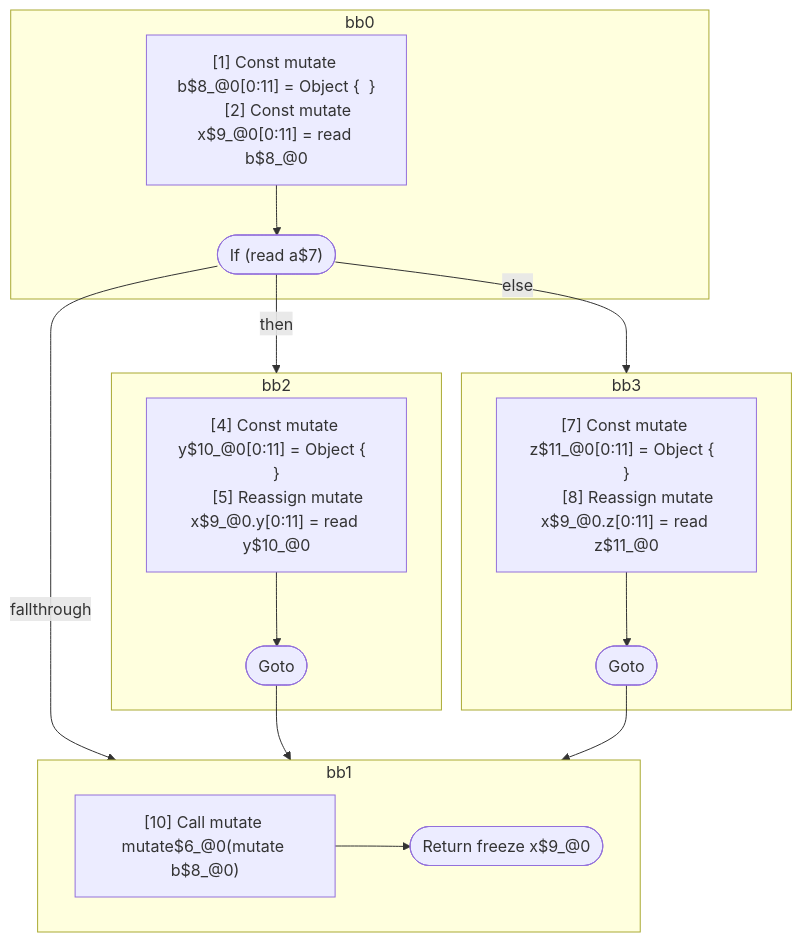
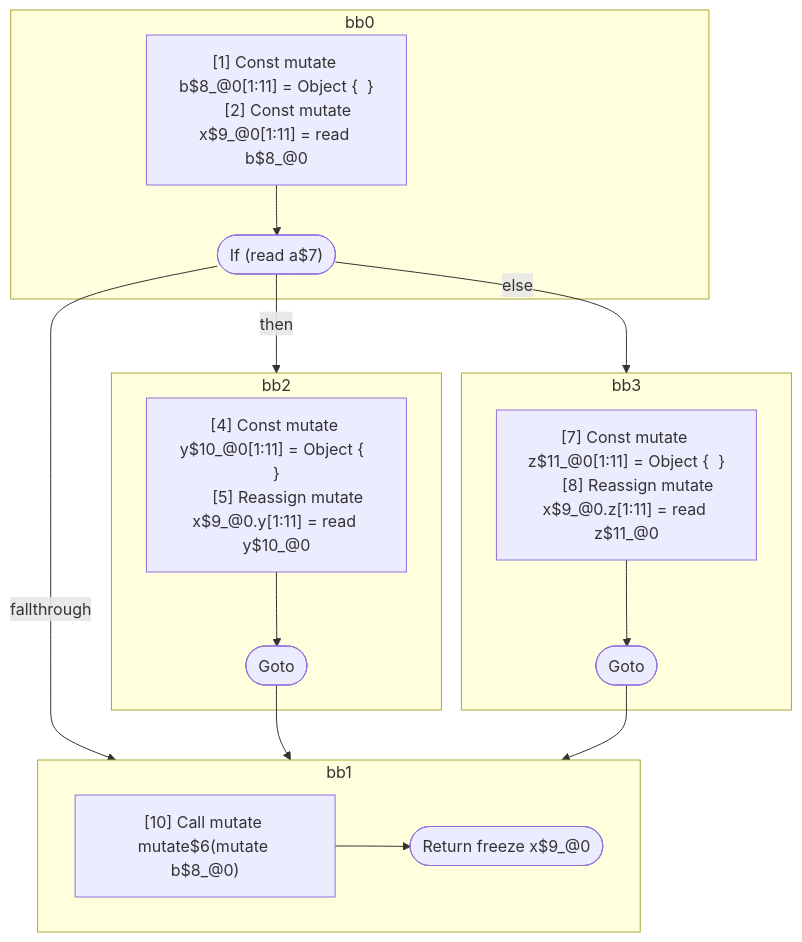
One commit to wutsmog/private changed the diagram in compiler/forget/src/__tests__/fixtures/hir/ssa-property-alias-alias-mutate-if.expect.md. Above: the diagram before and after it, drawn with Mermaid. The commit also changed other lines of this file and 100 other files, not shown here.

````diff
--- a/compiler/forget/src/__tests__/fixtures/hir/ssa-property-alias-alias-mutate-if.expect.md
+++ b/compiler/forget/src/__tests__/fixtures/hir/ssa-property-alias-alias-mutate-if.expect.md
@@ -47,39 +71,39 @@
 ```mermaid
 flowchart TB
   %% Basic Blocks
   subgraph bb0
     bb0_instrs["
-      [1] Const mutate b$8_@0[0:11] = Object {  }
-      [2] Const mutate x$9_@0[0:11] = read b$8_@0
+      [1] Const mutate b$8_@0[1:11] = Object {  }
+      [2] Const mutate x$9_@0[1:11] = read b$8_@0
     "]
     bb0_instrs --> bb0_terminal(["If (read a$7)"])
   end
   subgraph bb2
     bb2_instrs["
-      [4] Const mutate y$10_@0[0:11] = Object {  }
-      [5] Reassign mutate x$9_@0.y[0:11] = read y$10_@0
+      [4] Const mutate y$10_@0[1:11] = Object {  }
+      [5] Reassign mutate x$9_@0.y[1:11] = read y$10_@0
     "]
     bb2_instrs --> bb2_terminal(["Goto"])
   end
   subgraph bb3
     bb3_instrs["
-      [7] Const mutate z$11_@0[0:11] = Object {  }
-      [8] Reassign mutate x$9_@0.z[0:11] = read z$11_@0
+      [7] Const mutate z$11_@0[1:11] = Object {  }
+      [8] Reassign mutate x$9_@0.z[1:11] = read z$11_@0
     "]
     bb3_instrs --> bb3_terminal(["Goto"])
   end
   subgraph bb1
     bb1_instrs["
-      [10] Call mutate mutate$6_@0(mutate b$8_@0)
+      [10] Call mutate mutate$6(mutate b$8_@0)
     "]
     bb1_instrs --> bb1_terminal(["Return freeze x$9_@0"])
   end
 
   %% Jumps
   bb0_terminal -- "then" --> bb2
   bb0_terminal -- "else" --> bb3
   bb0_terminal -- "fallthrough" --> bb1
   bb2_terminal --> bb1
   bb3_terminal --> bb1
 
 ```
````
